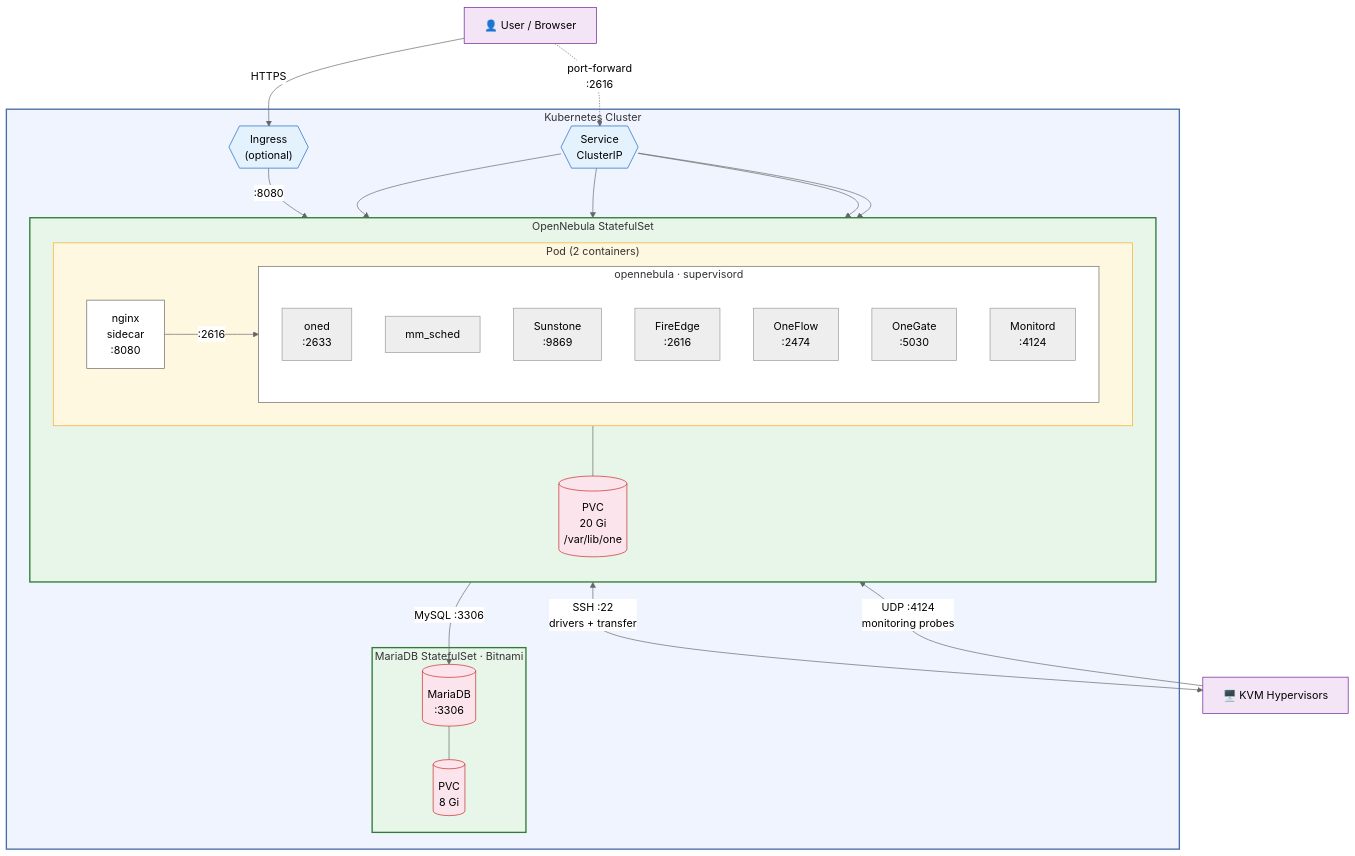
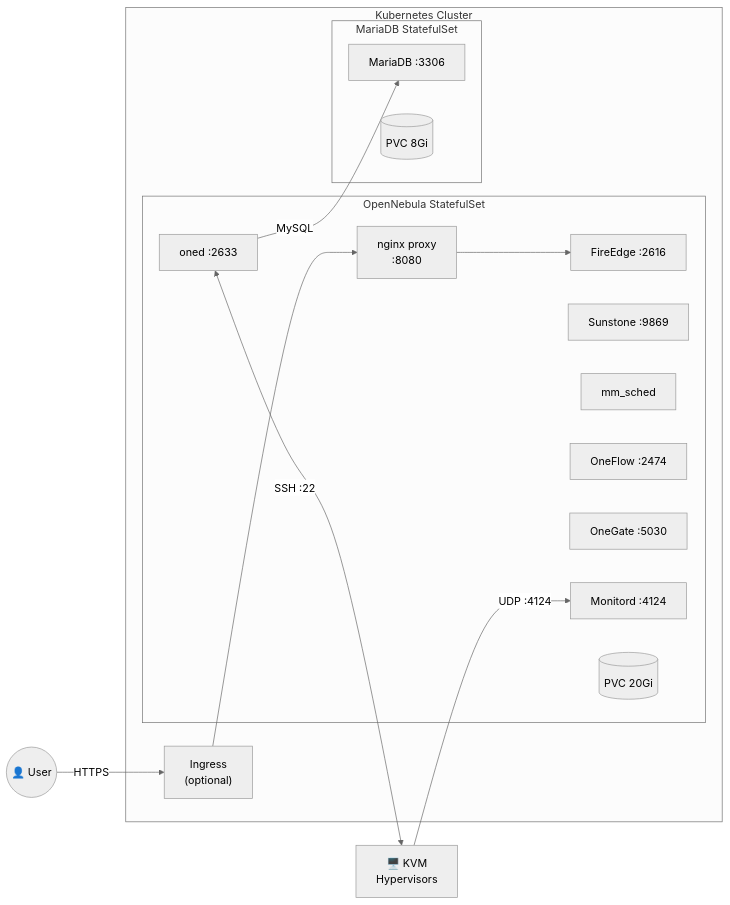
The diagram in README.md (pablodelarco/opennebula-helm), drawn with Mermaid (neutral theme) before and after one commit.

Commit message:
docs: simplify architecture diagram

````diff
--- a/README.md
+++ b/README.md
@@ -161,60 +161,31 @@
 ```mermaid
-graph TB
-    User["👤 User / Browser"]
-    Hyp["🖥️ KVM Hypervisors"]
+graph LR
+    User(("👤 User"))
+    Hyp["🖥️ KVM<br/>Hypervisors"]
 
     subgraph k8s["Kubernetes Cluster"]
+        Ingress["Ingress<br/>(optional)"]
 
-        subgraph one_ss["OpenNebula StatefulSet"]
-            direction TB
-            subgraph pod["Pod (2 containers)"]
-                direction LR
-                subgraph main["opennebula · supervisord"]
-                    direction TB
-                    oned["oned\n:2633"]
-                    sched["mm_sched"]
-                    sun["Sunstone\n:9869"]
-                    fe["FireEdge\n:2616"]
-                    flow["OneFlow\n:2474"]
-                    gate["OneGate\n:5030"]
-                    mon["Monitord\n:4124"]
-                end
-                proxy["nginx\nsidecar\n:8080"]
-            end
-            pvc_one[("PVC\n20 Gi\n/var/lib/one")]
+        subgraph one["OpenNebula StatefulSet"]
+            nginx["nginx proxy<br/>:8080"]
+            oned["oned :2633"]
+            fe["FireEdge :2616"]
+            sun["Sunstone :9869"]
+            sched["mm_sched"]
+            flow["OneFlow :2474"]
+            gate["OneGate :5030"]
+            mon["Monitord :4124"]
+            pvc1[("PVC 20Gi")]
         end
 
-        subgraph maria_ss["MariaDB StatefulSet · Bitnami"]
-            maria[("MariaDB\n:3306")]
-            pvc_maria[("PVC\n8 Gi")]
+        subgraph db["MariaDB StatefulSet"]
+            maria["MariaDB :3306"]
+            pvc2[("PVC 8Gi")]
         end
-
-        svc{{"Service\nClusterIP"}}
-        ing{{"Ingress\n(optional)"}}
     end
 
-    User -->|"HTTPS"| ing -->|":8080"| proxy -->|":2616"| fe
-    User -.->|"port-forward\n:2616"| svc
-    svc --> oned & flow & gate & mon
-    oned -->|"MySQL :3306"| maria
-    maria --- pvc_maria
-    main --- pvc_one
-    oned <-->|"SSH :22\ndrivers + transfer"| Hyp
-    Hyp -->|"UDP :4124\nmonitoring probes"| mon
-
-    classDef cluster fill:#f0f4ff,stroke:#4a6fa5,stroke-width:2px
-    classDef statefulset fill:#e8f5e9,stroke:#2e7d32,stroke-width:2px
-    classDef pod fill:#fff8e1,stroke:#f9a825,stroke-width:1px
-    classDef container fill:#fff,stroke:#666,stroke-width:1px
-    classDef storage fill:#fce4ec,stroke:#c62828,stroke-width:1px
-    classDef service fill:#e3f2fd,stroke:#1565c0,stroke-width:1px
-    classDef external fill:#f3e5f5,stroke:#6a1b9a,stroke-width:1px
-
-    class k8s cluster
-    class one_ss,maria_ss statefulset
-    class pod pod
-    class main,proxy container
-    class pvc_one,pvc_maria,maria storage
-    class svc,ing service
-    class User,Hyp external
+    User -->|HTTPS| Ingress --> nginx --> fe
+    oned -->|"MySQL"| maria
+    oned <-->|"SSH :22"| Hyp
+    Hyp -->|"UDP :4124"| mon
 ```
````
